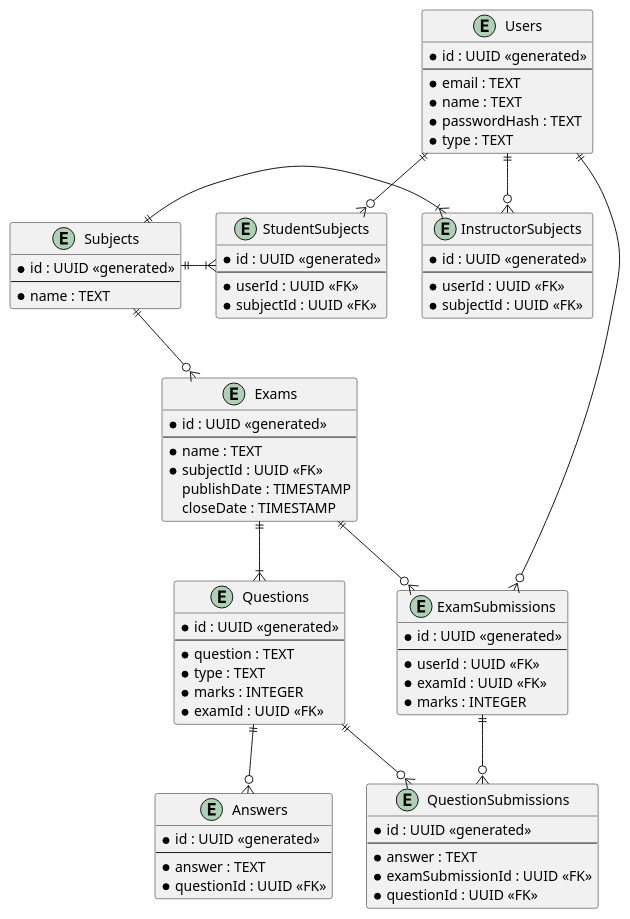
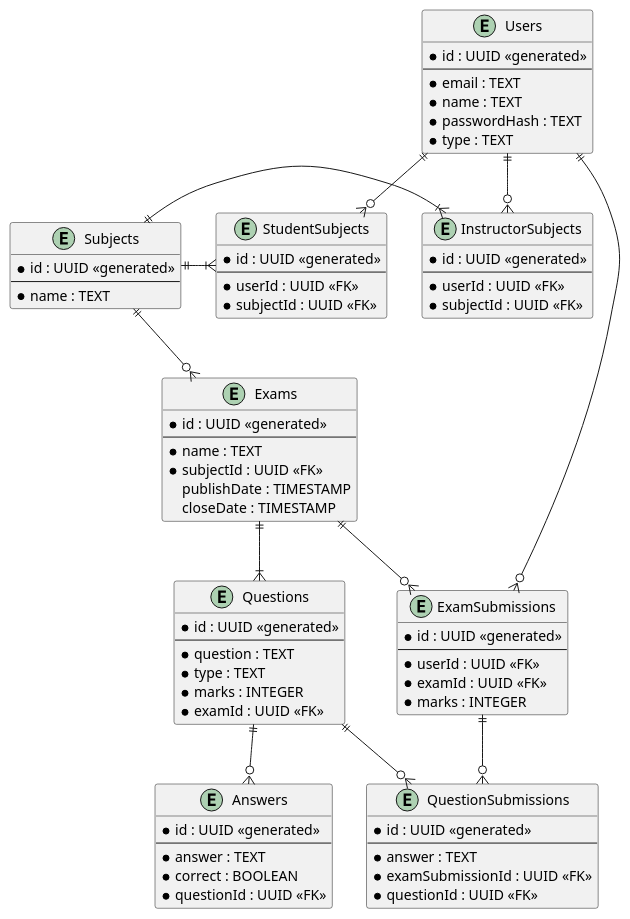
The diagram in docs/diagrams/er.puml (omjadas/ekzameno), drawn with PlantUML before and after one commit. The commit also changed 6 other files, not shown here.

```diff
--- a/docs/diagrams/er.puml
+++ b/docs/diagrams/er.puml
@@ -1,87 +1,88 @@
 @startuml ER Diagram
 
 entity Users {
     * id : UUID <<generated>>
     --
     * email : TEXT
     * name : TEXT
     * passwordHash : TEXT
     * type : TEXT
 }
 
 entity Subjects {
     * id : UUID <<generated>>
     --
     * name : TEXT
 }
 
 entity Exams {
     * id : UUID <<generated>>
     --
     * name : TEXT
     * subjectId : UUID <<FK>>
     publishDate : TIMESTAMP
     closeDate : TIMESTAMP
 }
 
 entity Questions {
     * id : UUID <<generated>>
     --
     * question : TEXT
     * type : TEXT
     * marks : INTEGER
     * examId : UUID <<FK>>
 }
 
 entity Answers {
     * id : UUID <<generated>>
     --
     * answer : TEXT
+    * correct : BOOLEAN
     * questionId : UUID <<FK>>
 }
 
 entity ExamSubmissions {
     * id : UUID <<generated>>
     --
     * userId : UUID <<FK>>
     * examId : UUID <<FK>>
     * marks : INTEGER
 }
 
 entity QuestionSubmissions {
     * id : UUID <<generated>>
     --
     * answer : TEXT
     * examSubmissionId : UUID <<FK>>
     * questionId : UUID <<FK>>
 }
 
 entity InstructorSubjects {
     * id : UUID <<generated>>
     --
     * userId : UUID <<FK>>
     * subjectId : UUID <<FK>>
 }
 
 entity StudentSubjects {
     * id : UUID <<generated>>
     --
     * userId : UUID <<FK>>
     * subjectId : UUID <<FK>>
 }
 
 Subjects ||--o{ Exams
 Exams ||--|{ Questions
 Users ||--o{ ExamSubmissions
 Exams ||--o{ ExamSubmissions
 ExamSubmissions ||--o{ QuestionSubmissions
 Questions ||--o{ QuestionSubmissions
 Questions ||--o{ Answers
 
 Users ||--o{ InstructorSubjects
 Users ||--o{ StudentSubjects
 
 Subjects ||-|{ InstructorSubjects
 Subjects ||-|{ StudentSubjects
 
 @enduml
```
